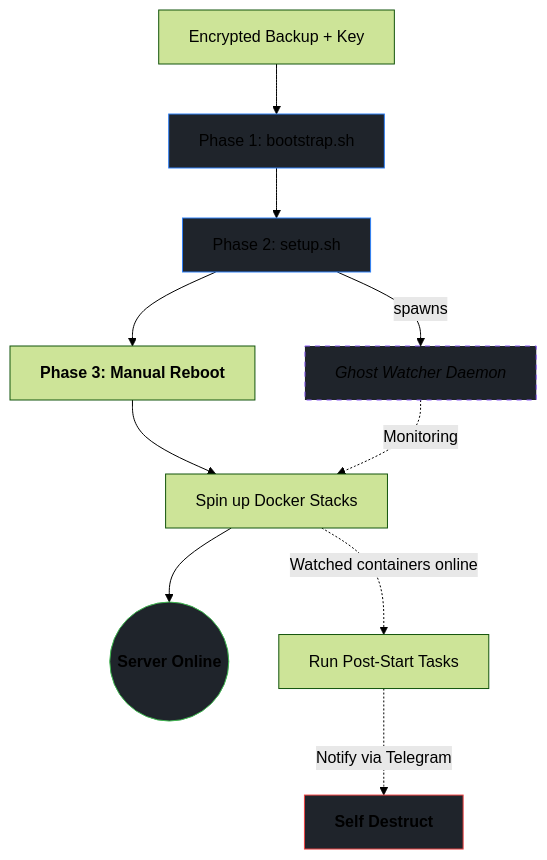
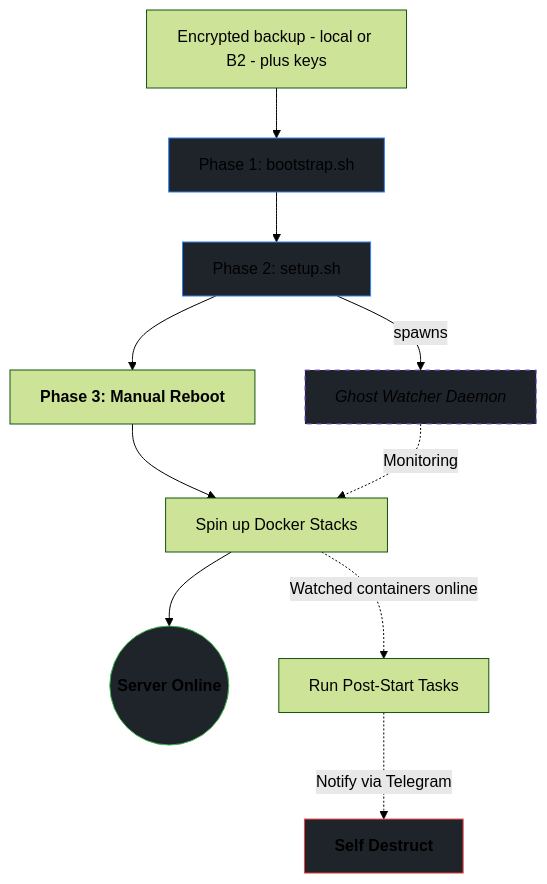
Before and after one commit to gravi-ctrl/homelab-blueprint: the second of 2 diagrams in README.md, drawn with Mermaid (forest theme). The commit also changed other lines of this file and 1 other file, not shown here.

Commit message:
More accurate up-to-date documentation + a new addition in ARCHITECTURE.md (#51)

````diff
--- a/README.md
+++ b/README.md
@@ -91,25 +91,25 @@
 ```mermaid
 graph TD
     %% Main Path
-    A[Encrypted Backup + Key] --> B[Phase 1: bootstrap.sh]
+    A[Encrypted backup - local or B2 - plus keys] --> B[Phase 1: bootstrap.sh]
     B --> C[Phase 2: setup.sh]
     
     %% The Spawning of the Ghost
     C -- spawns --> GW[<i>Ghost Watcher Daemon</i>]
     
     C --> D[<b>Phase 3: Manual Reboot</b>]
     D --> E[Spin up Docker Stacks]
     E --> F((<b>Server Online</b>))
 
     %% The Background Path
     GW -.->|Monitoring| E
     E -.->|Watched containers online| G[Run Post-Start Tasks]
     G -.->|Notify via Telegram| H[<b>Self Destruct</b>]
 
     %% Styling
     style GW fill:#1f242b,stroke:#8b5cf6,stroke-dasharray: 5 5
     style H fill:#1f242b,stroke:#ef4444
     style F fill:#1f242b,stroke:#3fb950
     style B fill:#1f242b,stroke:#3081f7
     style C fill:#1f242b,stroke:#3081f7
 ```
````
